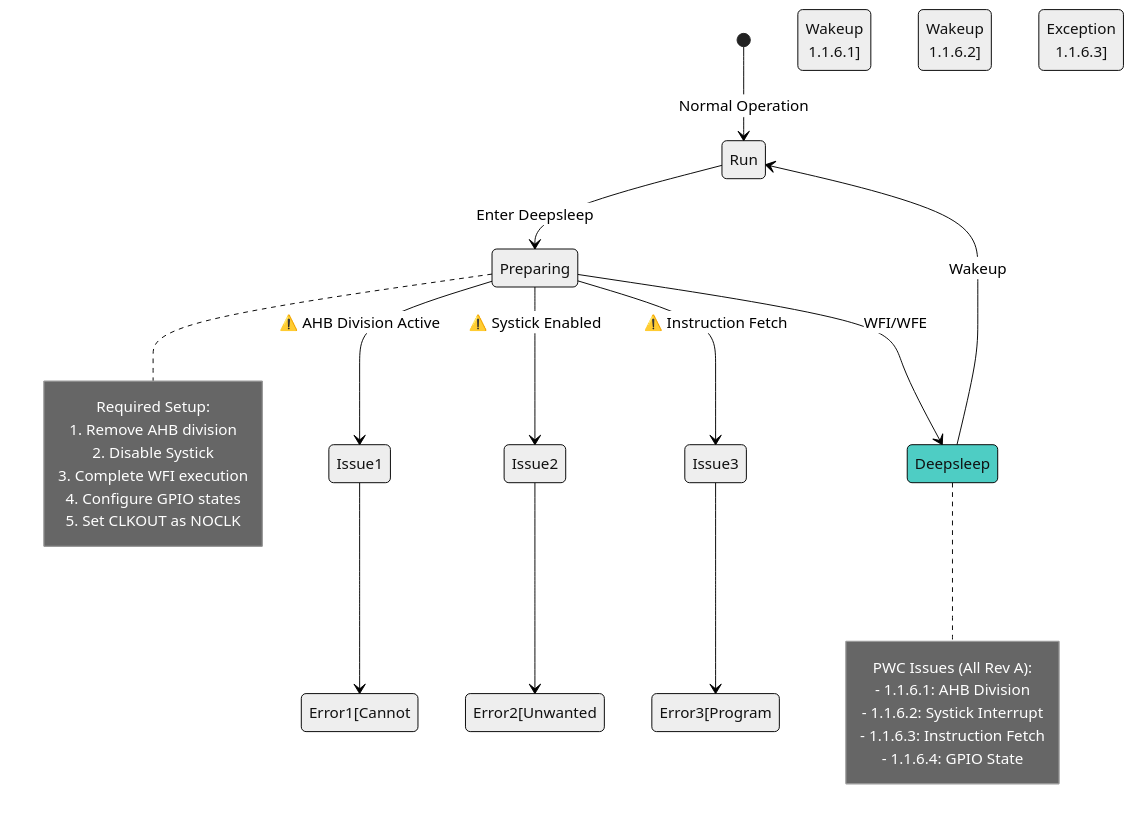
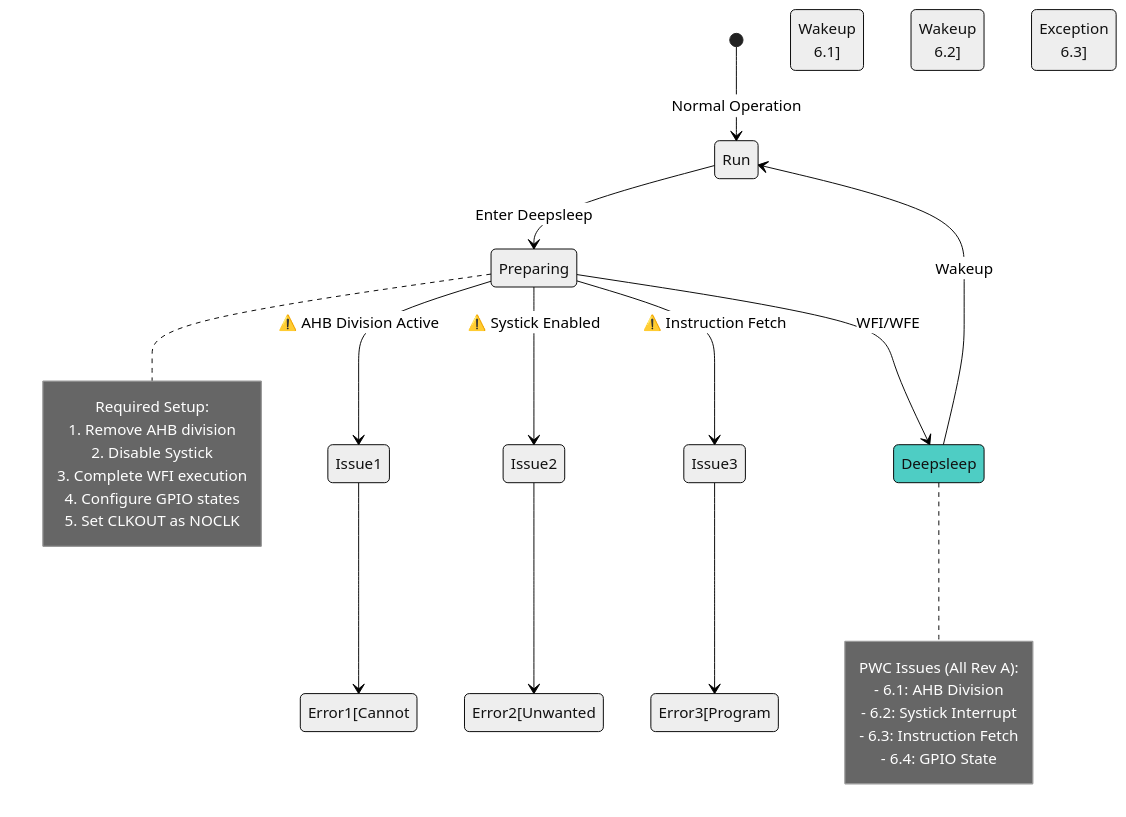
The third of 4 diagrams in ES0002_AT32F403A_407_Errata_Sheet_EN_V2.0.11.md (XYphrodite/at32f403a-407-docs), drawn with Mermaid (neutral theme) before and after one commit. The commit also changed other lines of this file and 1 other file, not shown here.

````diff
--- a/ES0002_AT32F403A_407_Errata_Sheet_EN_V2.0.11.md
+++ b/ES0002_AT32F403A_407_Errata_Sheet_EN_V2.0.11.md
@@ -782,37 +1252,37 @@
 ```mermaid
 stateDiagram-v2
     [*] --> Run: Normal Operation
     Run --> Preparing: Enter Deepsleep
     Preparing --> Deepsleep: WFI/WFE
     Deepsleep --> Run: Wakeup
     
     Preparing --> Issue1: ⚠️ AHB Division Active
     Preparing --> Issue2: ⚠️ Systick Enabled
     Preparing --> Issue3: ⚠️ Instruction Fetch
     
-    Issue1 --> Error1[Cannot Wakeup<br/>1.1.6.1]
-    Issue2 --> Error2[Unwanted Wakeup<br/>1.1.6.2]
-    Issue3 --> Error3[Program Exception<br/>1.1.6.3]
+    Issue1 --> Error1[Cannot Wakeup<br/>6.1]
+    Issue2 --> Error2[Unwanted Wakeup<br/>6.2]
+    Issue3 --> Error3[Program Exception<br/>6.3]
     
     note right of Preparing
         Required Setup:
         1. Remove AHB division
         2. Disable Systick
         3. Complete WFI execution
         4. Configure GPIO states
         5. Set CLKOUT as NOCLK
     end note
     
     note right of Deepsleep
         PWC Issues (All Rev A):
-        - 1.1.6.1: AHB Division
-        - 1.1.6.2: Systick Interrupt
-        - 1.1.6.3: Instruction Fetch
-        - 1.1.6.4: GPIO State
+        - 6.1: AHB Division
+        - 6.2: Systick Interrupt
+        - 6.3: Instruction Fetch
+        - 6.4: GPIO State
     end note
     
     style Error1 fill:#ff6b6b
     style Error2 fill:#ff6b6b
     style Error3 fill:#ff6b6b
     style Deepsleep fill:#4ecdc4
 ```
````
